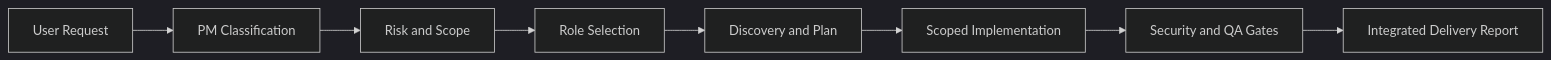
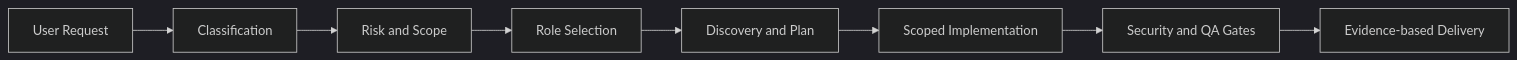
One commit to jiyoon99/ai-development-team-playbook changed the diagram in README.md. Above: the diagram before and after it, drawn with Mermaid (dark theme). The commit also changed other lines of this file, not shown here.

````diff
--- a/README.md
+++ b/README.md
@@ -36,10 +27,10 @@
 ```mermaid
 flowchart LR
-    A[User Request] --> B[PM Classification]
+    A[User Request] --> B[Classification]
     B --> C[Risk and Scope]
     C --> D[Role Selection]
     D --> E[Discovery and Plan]
     E --> F[Scoped Implementation]
     F --> G[Security and QA Gates]
-    G --> H[Integrated Delivery Report]
+    G --> H[Evidence-based Delivery]
 ```
````
